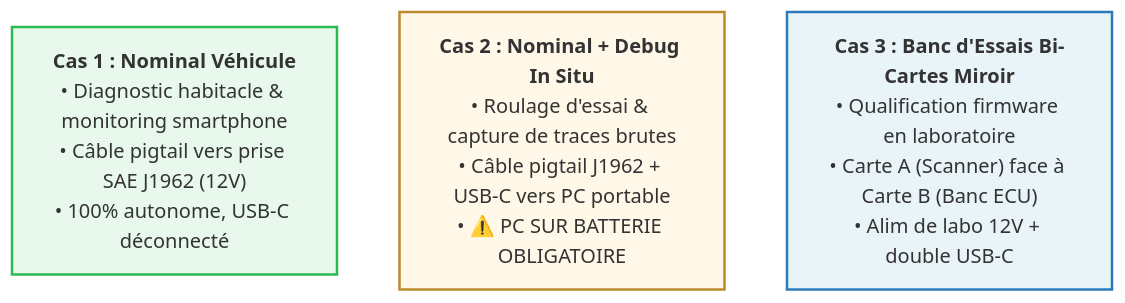
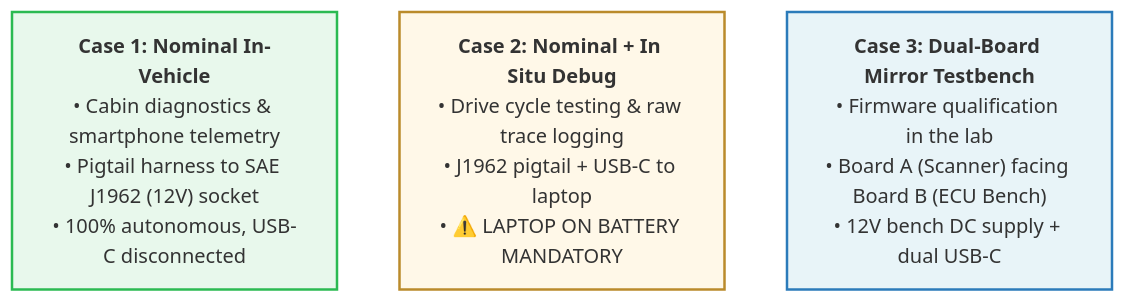
Before and after one commit to nitrogene/OBD2: the tenth of 13 diagrams in documents/hardware.md, drawn with Mermaid. The commit also changed other lines of this file and 20 other files, not shown here.

````diff
--- a/documents/hardware.md
+++ b/documents/hardware.md
@@ -725,16 +787,16 @@
 ```mermaid
 %%{init: {
   'themeVariables': {
     'fontFamily': 'Consolas, "Courier New", monospace',
     'fontSize': '12px'
   }
 }}%%
 graph TD
     classDef vehicle fill:#e8f8ec,stroke:#2bba52,stroke-width:2px;
     classDef debug fill:#fff8e8,stroke:#ba8b2b,stroke-width:2px;
     classDef bench fill:#e8f4f8,stroke:#2b7bba,stroke-width:2px;
 
-    CAS1["<b>Cas 1 : Nominal Véhicule</b><br>• Diagnostic habitacle & monitoring smartphone<br>• Câble pigtail vers prise SAE J1962 (12V)<br>• 100% autonome, USB-C déconnecté"]:::vehicle
-    CAS2["<b>Cas 2 : Nominal + Debug In Situ</b><br>• Roulage d'essai & capture de traces brutes<br>• Câble pigtail J1962 + USB-C vers PC portable<br>• ⚠️ PC SUR BATTERIE OBLIGATOIRE"]:::debug
-    CAS3["<b>Cas 3 : Banc d'Essais Bi-Cartes Miroir</b><br>• Qualification firmware en laboratoire<br>• Carte A (Scanner) face à Carte B (Banc ECU)<br>• Alim de labo 12V + double USB-C"]:::bench
+    CAS1["<b>Case 1: Nominal In-Vehicle</b><br>• Cabin diagnostics & smartphone telemetry<br>• Pigtail harness to SAE J1962 (12V) socket<br>• 100% autonomous, USB-C disconnected"]:::vehicle
+    CAS2["<b>Case 2: Nominal + In Situ Debug</b><br>• Drive cycle testing & raw trace logging<br>• J1962 pigtail + USB-C to laptop<br>• ⚠️ LAPTOP ON BATTERY MANDATORY"]:::debug
+    CAS3["<b>Case 3: Dual-Board Mirror Testbench</b><br>• Firmware qualification in the lab<br>• Board A (Scanner) facing Board B (ECU Bench)<br>• 12V bench DC supply + dual USB-C"]:::bench
 ```
````
